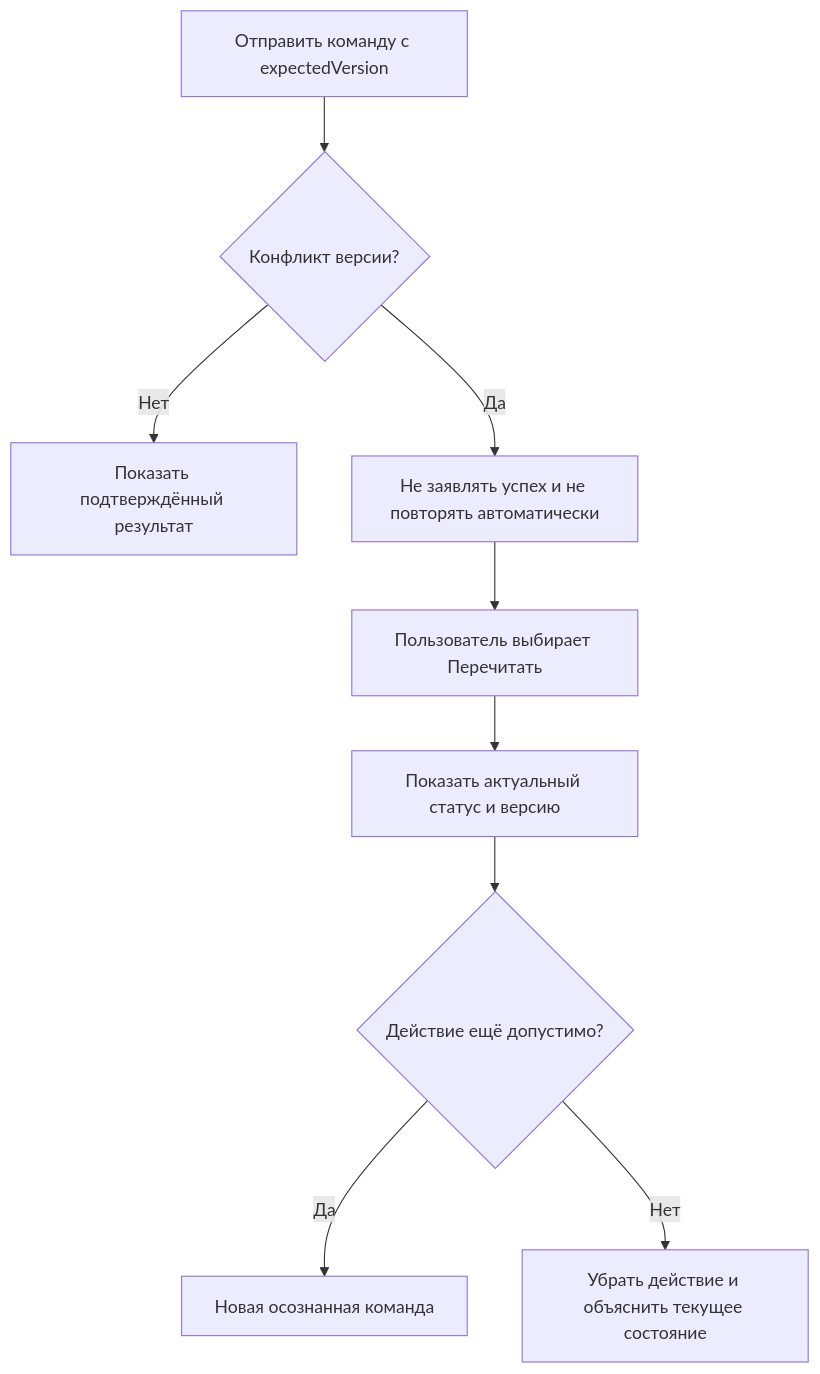
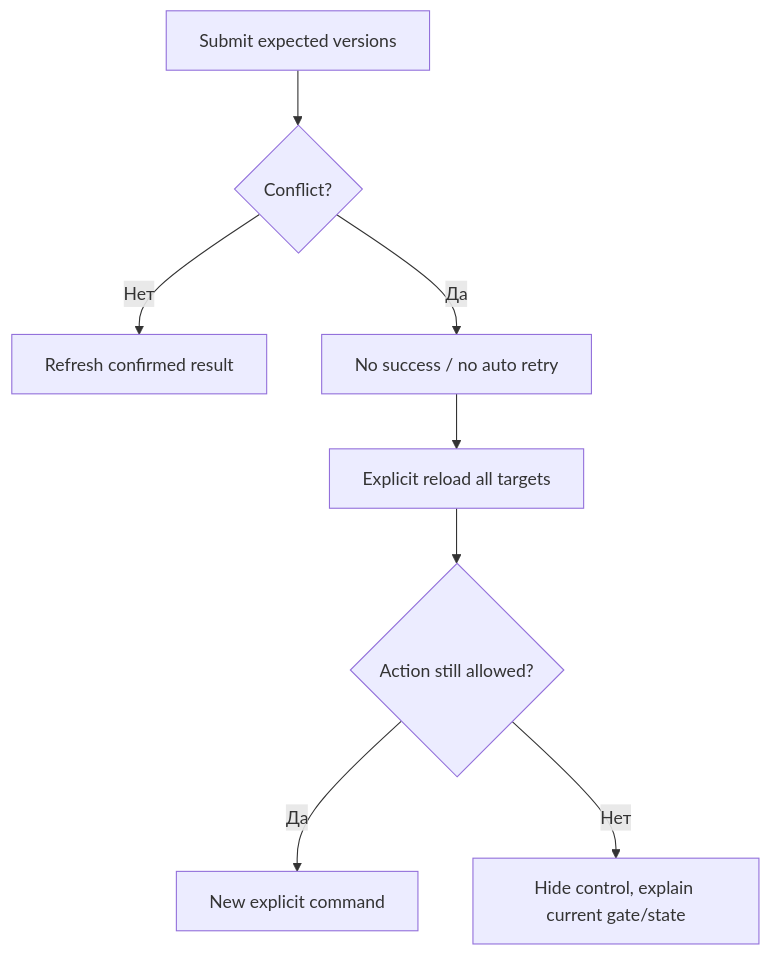
Before and after one commit to AI-shoks/WorkCard-Lifecycle: the third of 3 diagrams in WorkCard-Lifecycle/docs/ux/user-flows.md, drawn with Mermaid. The commit also changed other lines of this file and 29 other files, not shown here.

````diff
--- a/WorkCard-Lifecycle/docs/ux/user-flows.md
+++ b/WorkCard-Lifecycle/docs/ux/user-flows.md
@@ -148,11 +125,10 @@
 ```mermaid
 flowchart TD
-    submit["Отправить команду с expectedVersion"] --> conflict{"Конфликт версии?"}
-    conflict -- Нет --> success["Показать подтверждённый результат"]
-    conflict -- Да --> preserve["Не заявлять успех и не повторять автоматически"]
-    preserve --> reload["Пользователь выбирает Перечитать"]
-    reload --> compare["Показать актуальный статус и версию"]
-    compare --> allowed{"Действие ещё допустимо?"}
-    allowed -- Да --> confirm["Новая осознанная команда"]
-    allowed -- Нет --> explain["Убрать действие и объяснить текущее состояние"]
+    submit["Submit expected versions"] --> conflict{"Conflict?"}
+    conflict -->|Нет| success["Refresh confirmed result"]
+    conflict -->|Да| preserve["No success / no auto retry"]
+    preserve --> reload["Explicit reload all targets"]
+    reload --> allowed{"Action still allowed?"}
+    allowed -->|Да| confirm["New explicit command"]
+    allowed -->|Нет| explain["Hide control, explain current gate/state"]
 ```
````
